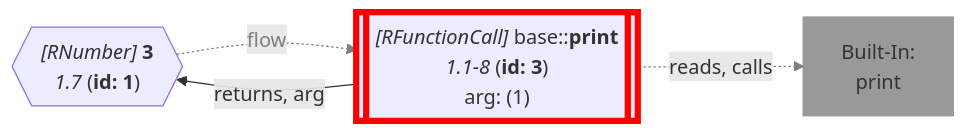
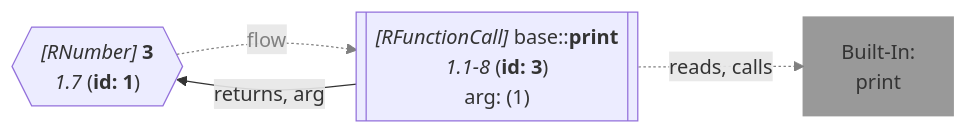
One commit to flowr-analysis/flowr changed diagram 15 of 22 in wiki/Control Flow Graph.md. Above: the diagram before and after it, drawn with Mermaid. The commit also changed other lines of this file and 262 other files, not shown here.

````diff
--- a/wiki/Control Flow Graph.md
+++ b/wiki/Control Flow Graph.md
@@ -695,17 +695,16 @@
 ```mermaid
 flowchart LR
     1{{"`*#91;RNumber#93;* **3**
       *1.7* (**id: 1**)`"}}
     3[["`*#91;RFunctionCall#93;* base#58;#58;**print**
       *1.1-8* (**id: 3**)
     arg: (1)`"]]
-    style 3 stroke:red,stroke-width:5px; 
     built-in:print["`Built-In:
 print`"]
     style built-in:print stroke:gray,fill:gray,stroke-width:2px,opacity:.8;
     1 -.->|"flow"| 3
     linkStyle 0 stroke:gray,color:gray;
     3 -->|"returns, arg"| 1
     3 -.->|"reads, calls"| built-in:print
     linkStyle 2 stroke:gray;
 ```
````
